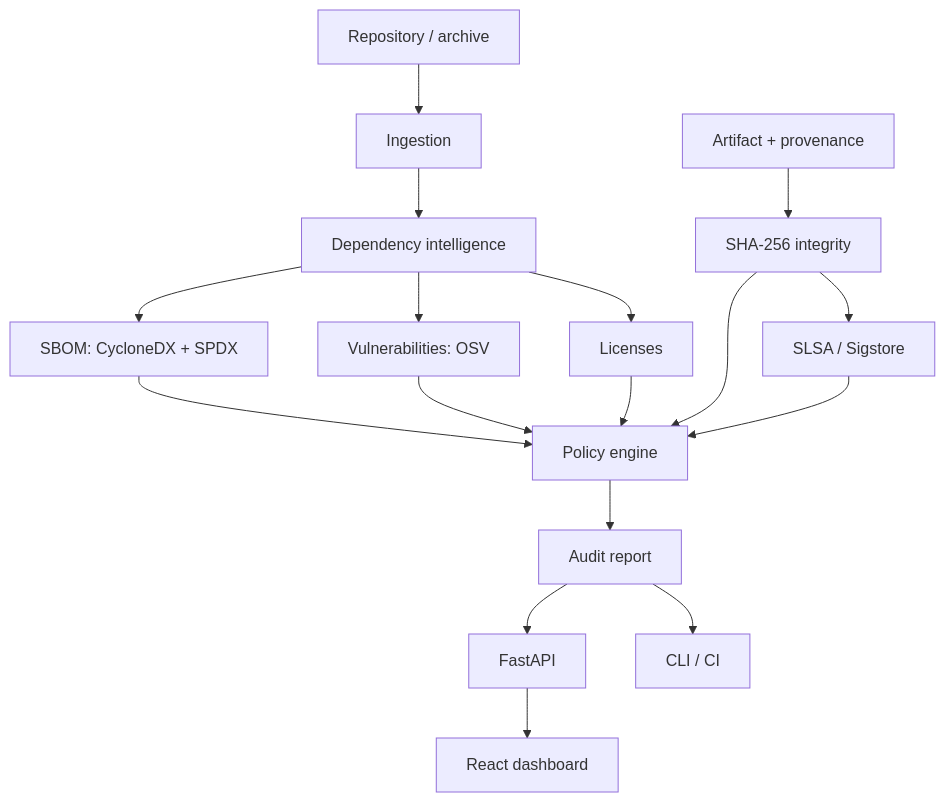
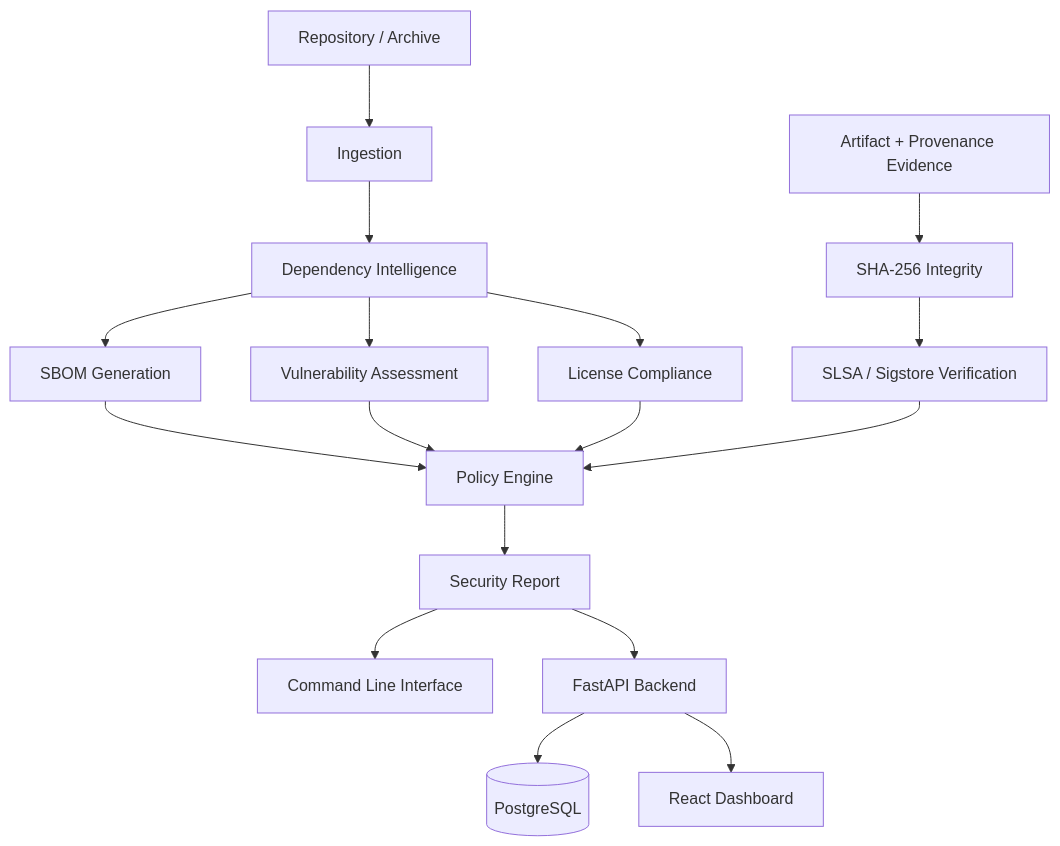
Before and after one commit to thanhmaitran/AegisChain: the diagram in README.md, drawn with Mermaid. The commit also changed other lines of this file, not shown here.

````diff
--- a/README.md
+++ b/README.md
@@ -32,11 +57,25 @@
 ```mermaid
 flowchart TD
-    SRC[Repository / archive] --> ING[Ingestion] --> DEP[Dependency intelligence]
-    DEP --> SBOM[SBOM: CycloneDX + SPDX]
-    DEP --> VULN[Vulnerabilities: OSV]
-    DEP --> LIC[Licenses]
-    ART[Artifact + provenance] --> INT[SHA-256 integrity] --> PROV[SLSA / Sigstore]
-    SBOM & VULN & LIC & INT & PROV --> POL[Policy engine]
-    POL --> REP[Audit report] --> API[FastAPI] --> WEB[React dashboard]
-    REP --> CLI[CLI / CI]
+    SRC[Repository / Archive] --> ING[Ingestion]
+    ING --> DEP[Dependency Intelligence]
+
+    DEP --> SBOM[SBOM Generation]
+    DEP --> VULN[Vulnerability Assessment]
+    DEP --> LIC[License Compliance]
+
+    ART[Artifact + Provenance Evidence] --> INT[SHA-256 Integrity]
+    INT --> PROV[SLSA / Sigstore Verification]
+
+    SBOM --> POL[Policy Engine]
+    VULN --> POL
+    LIC --> POL
+    PROV --> POL
+
+    POL --> REP[Security Report]
+
+    REP --> CLI[Command Line Interface]
+    REP --> API[FastAPI Backend]
+
+    API --> DB[(PostgreSQL)]
+    API --> WEB[React Dashboard]
 ```
````
